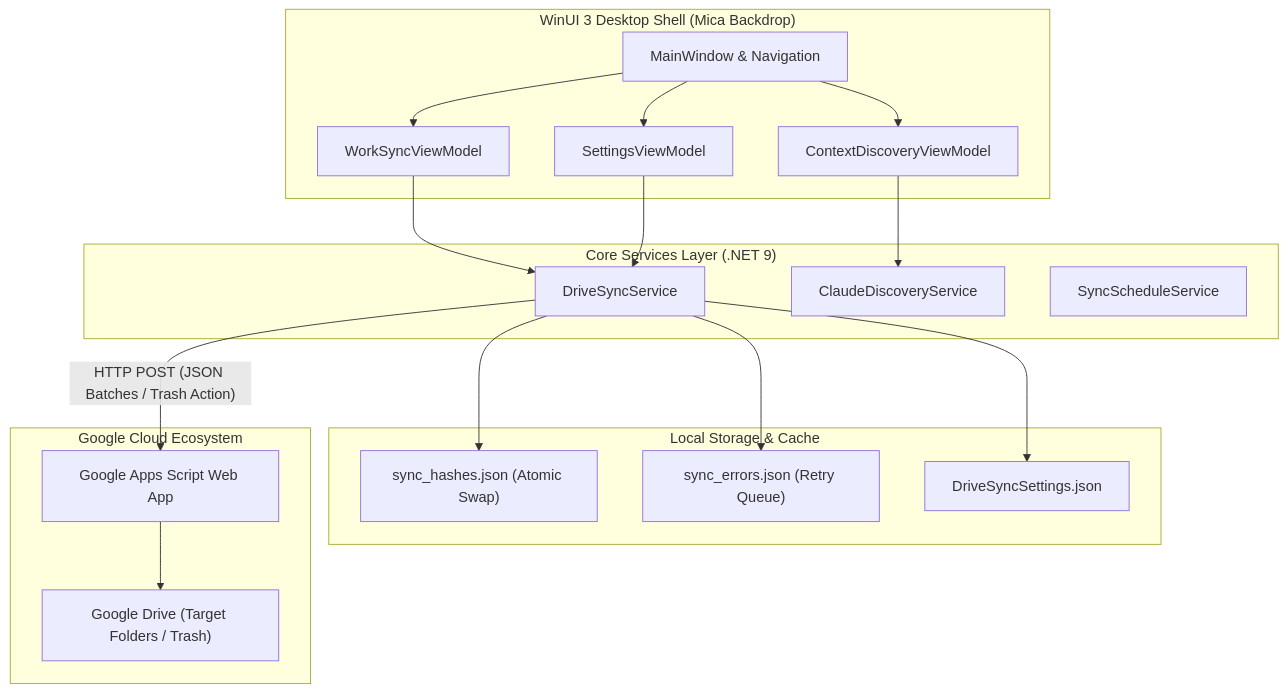
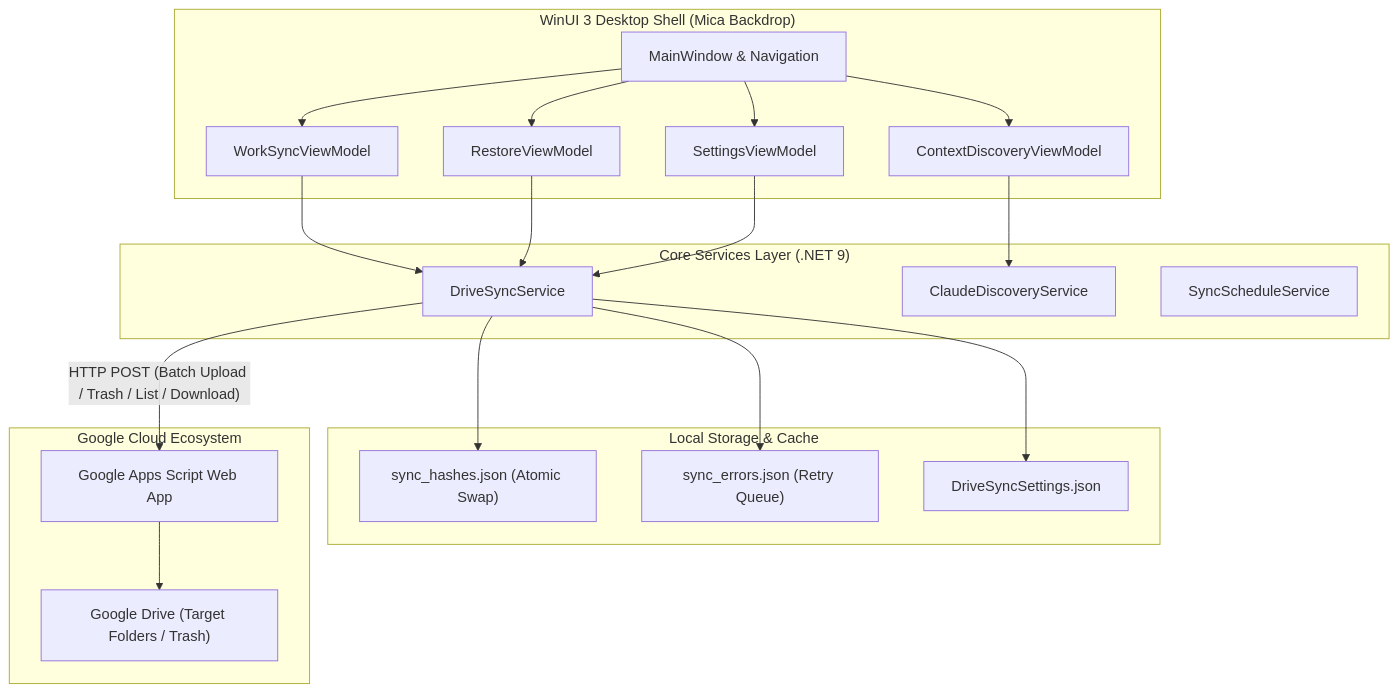
The diagram in README.md (AnaCataVC/google-drive-work-sync), drawn with Mermaid before and after one commit. The commit also changed other lines of this file and 4 other files, not shown here.

````diff
--- a/README.md
+++ b/README.md
@@ -74,34 +86,36 @@
 ```mermaid
 flowchart TD
     subgraph UI ["WinUI 3 Desktop Shell (Mica Backdrop)"]
         MW[MainWindow & Navigation]
         WSV[WorkSyncViewModel]
         CDV[ContextDiscoveryViewModel]
+        RV[RestoreViewModel]
         SV[SettingsViewModel]
     end
 
     subgraph CoreServices ["Core Services Layer (.NET 9)"]
         DSS[DriveSyncService]
         CDS[ClaudeDiscoveryService]
         SSS[SyncScheduleService]
     end
 
     subgraph Storage ["Local Storage & Cache"]
         SH["sync_hashes.json (Atomic Swap)"]
         SE["sync_errors.json (Retry Queue)"]
         ST["DriveSyncSettings.json"]
     end
 
     subgraph Cloud ["Google Cloud Ecosystem"]
         GAS["Google Apps Script Web App"]
         GDRV["Google Drive (Target Folders / Trash)"]
     end
 
-    MW --> WSV & CDV & SV
+    MW --> WSV & CDV & RV & SV
     WSV --> DSS
     CDV --> CDS
+    RV --> DSS
     SV --> DSS
     DSS --> SH & SE & ST
-    DSS -- "HTTP POST (JSON Batches / Trash Action)" --> GAS
+    DSS -- "HTTP POST (Batch Upload / Trash / List / Download)" --> GAS
     GAS --> GDRV
 ```
````
